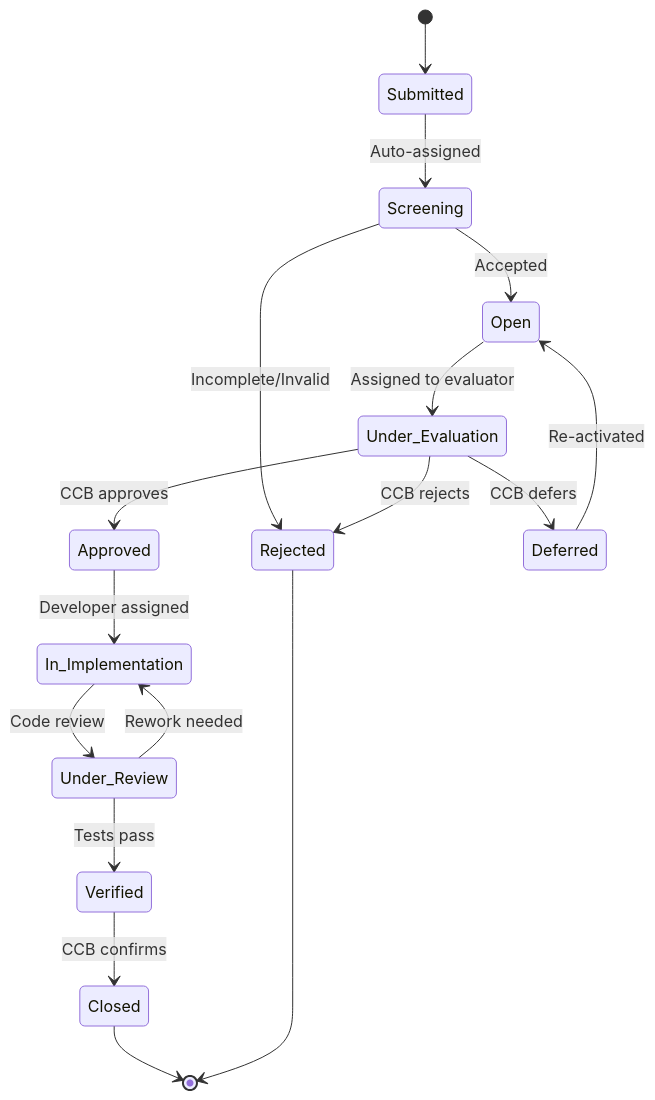
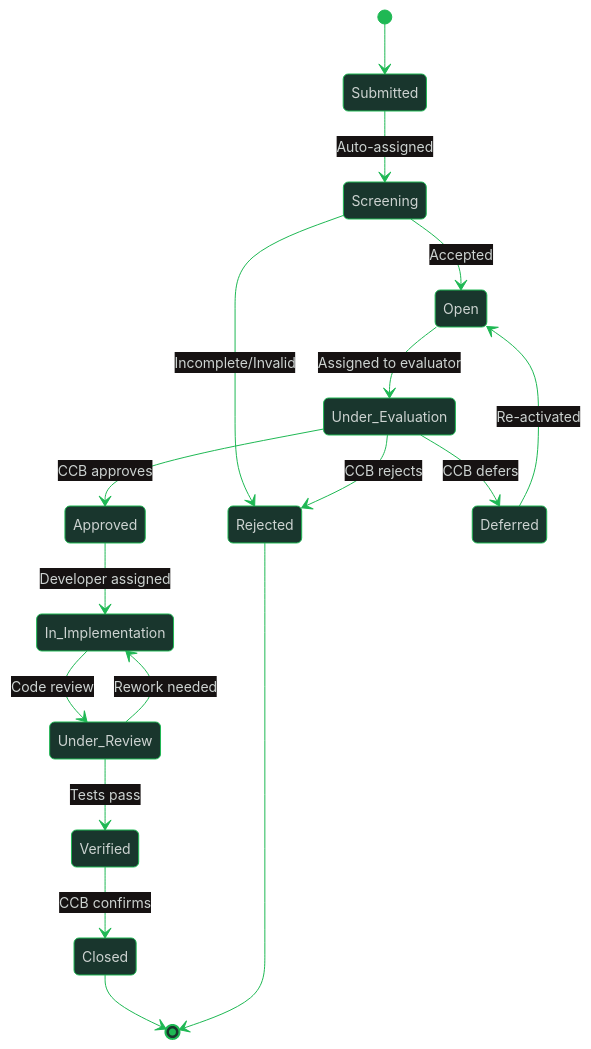
Before and after one commit to oat431/swe-knowledge: the third of 6 diagrams in software-engineering-note/08_Software_Configuration_Management/09_Change_Control_and_Compliance.md, drawn with Mermaid. The commit also changed other lines of this file and 13 other files, not shown here.

````diff
--- a/software-engineering-note/08_Software_Configuration_Management/09_Change_Control_and_Compliance.md
+++ b/software-engineering-note/08_Software_Configuration_Management/09_Change_Control_and_Compliance.md
@@ -99,19 +101,20 @@
 ```mermaid
+%%{init: {'theme':'base','themeVariables':{'background':'#1B1717','primaryColor':'#19362D','primaryTextColor':'#CDD3D1','primaryBorderColor':'#1FB854','lineColor':'#1FB854','titleColor':'#1FB854','edgeLabelBackground':'#161212','clusterBkg':'#161212','clusterBorder':'#19362D','fontSize':'14px'}}}%%
 stateDiagram-v2
     [*] --> Submitted
     Submitted --> Screening: Auto-assigned
     Screening --> Open: Accepted
     Screening --> Rejected: Incomplete/Invalid
     Open --> Under_Evaluation: Assigned to evaluator
     Under_Evaluation --> Approved: CCB approves
     Under_Evaluation --> Deferred: CCB defers
     Under_Evaluation --> Rejected: CCB rejects
     Approved --> In_Implementation: Developer assigned
     In_Implementation --> Under_Review: Code review
     Under_Review --> Verified: Tests pass
     Under_Review --> In_Implementation: Rework needed
     Verified --> Closed: CCB confirms
     Deferred --> Open: Re-activated
     Closed --> [*]
     Rejected --> [*]
 ```
````
